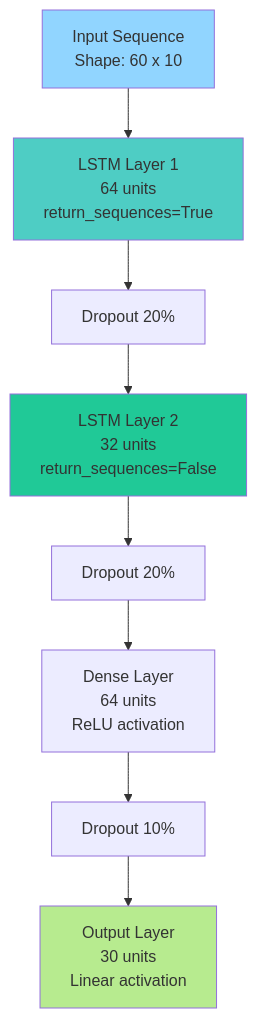
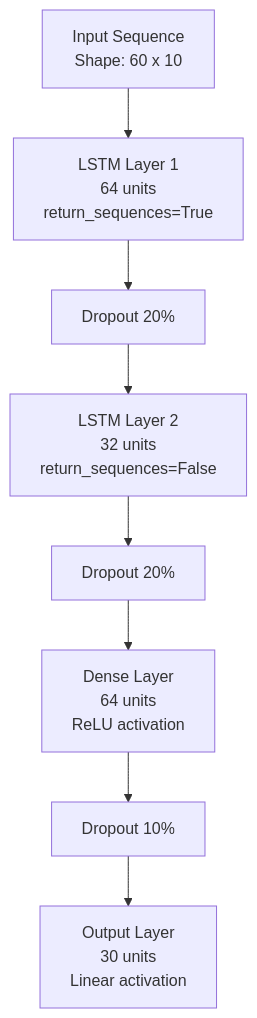
One commit to Divesh-Kshirsagar/BIMCS changed the first of 4 diagrams in docs/ml-training.md. Above: the diagram before and after it, drawn with Mermaid. The commit also changed other lines of this file and 7 other files, not shown here.

Commit message:
refactor: remove unnecessary style definitions from documentation diagrams

````diff
--- a/docs/ml-training.md
+++ b/docs/ml-training.md
@@ -11,15 +11,12 @@
 ```mermaid
 graph TB
     Input[Input Sequence<br/>Shape: 60 x 10] --> LSTM1[LSTM Layer 1<br/>64 units<br/>return_sequences=True]
     LSTM1 --> Dropout1[Dropout 20%]
     Dropout1 --> LSTM2[LSTM Layer 2<br/>32 units<br/>return_sequences=False]
     LSTM2 --> Dropout2[Dropout 20%]
     Dropout2 --> Dense1[Dense Layer<br/>64 units<br/>ReLU activation]
     Dense1 --> Dropout3[Dropout 10%]
     Dropout3 --> Output[Output Layer<br/>30 units<br/>Linear activation]
     
-    style Input fill:#91d5ff
-    style LSTM1 fill:#4ecdc4
-    style LSTM2 fill:#20c997
-    style Output fill:#b7eb8f
+
 ```
````
